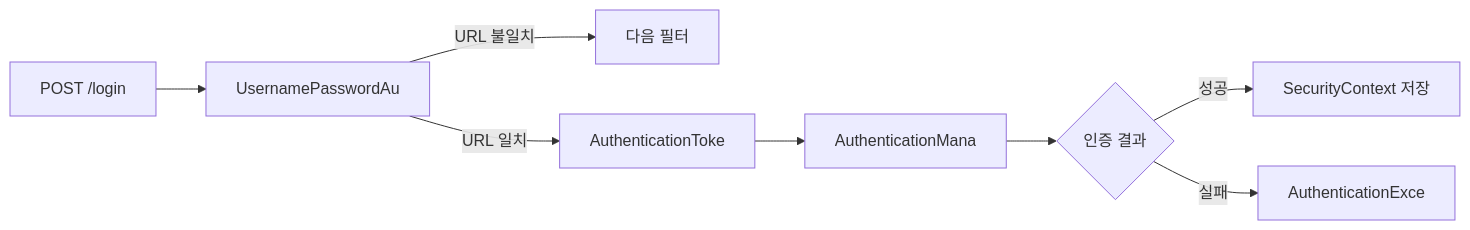
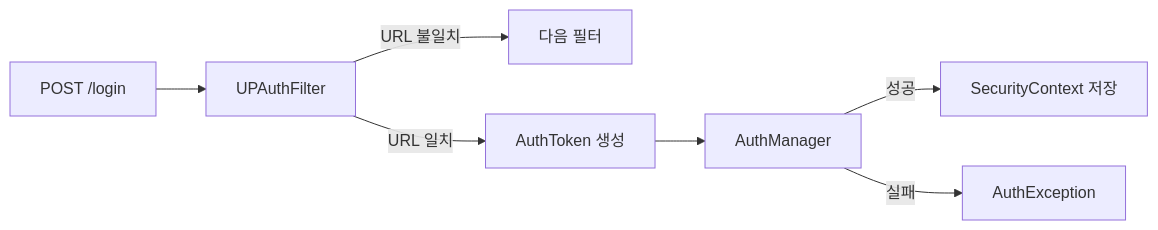
One commit to yjkim2015/yjkim2015.github.io changed the second of 2 diagrams in _posts/security/2021-01-14-Form 인증 방식.md. Above: the diagram before and after it, drawn with Mermaid. The commit also changed 245 other files, not shown here.

First line of the commit message:
Mermaid 다이어그램 전면 수정 + 면접 포인트 접기/펼치기 + DB 데드락 페이지

````diff
--- a/_posts/security/2021-01-14-Form 인증 방식.md
+++ b/_posts/security/2021-01-14-Form 인증 방식.md
@@ -171,10 +171,9 @@
 ```mermaid
 flowchart LR
-    A["POST /login"] --> B["UsernamePasswordAu"]
-    B -->|URL 불일치| E["다음 필터"]
-    B -->|URL 일치| D["AuthenticationToke"]
-    D --> F["AuthenticationMana"]
-    F --> H{"인증 결과"}
-    H -->|성공| I["SecurityContext 저장"]
-    H -->|실패| J["AuthenticationExce"]
+    A["POST /login"] --> B["UPAuthFilter"]
+    B -->|"URL 불일치"| E["다음 필터"]
+    B -->|"URL 일치"| D["AuthToken 생성"]
+    D --> F["AuthManager"]
+    F -->|"성공"| I["SecurityContext 저장"]
+    F -->|"실패"| J["AuthException"]
 ```
````
